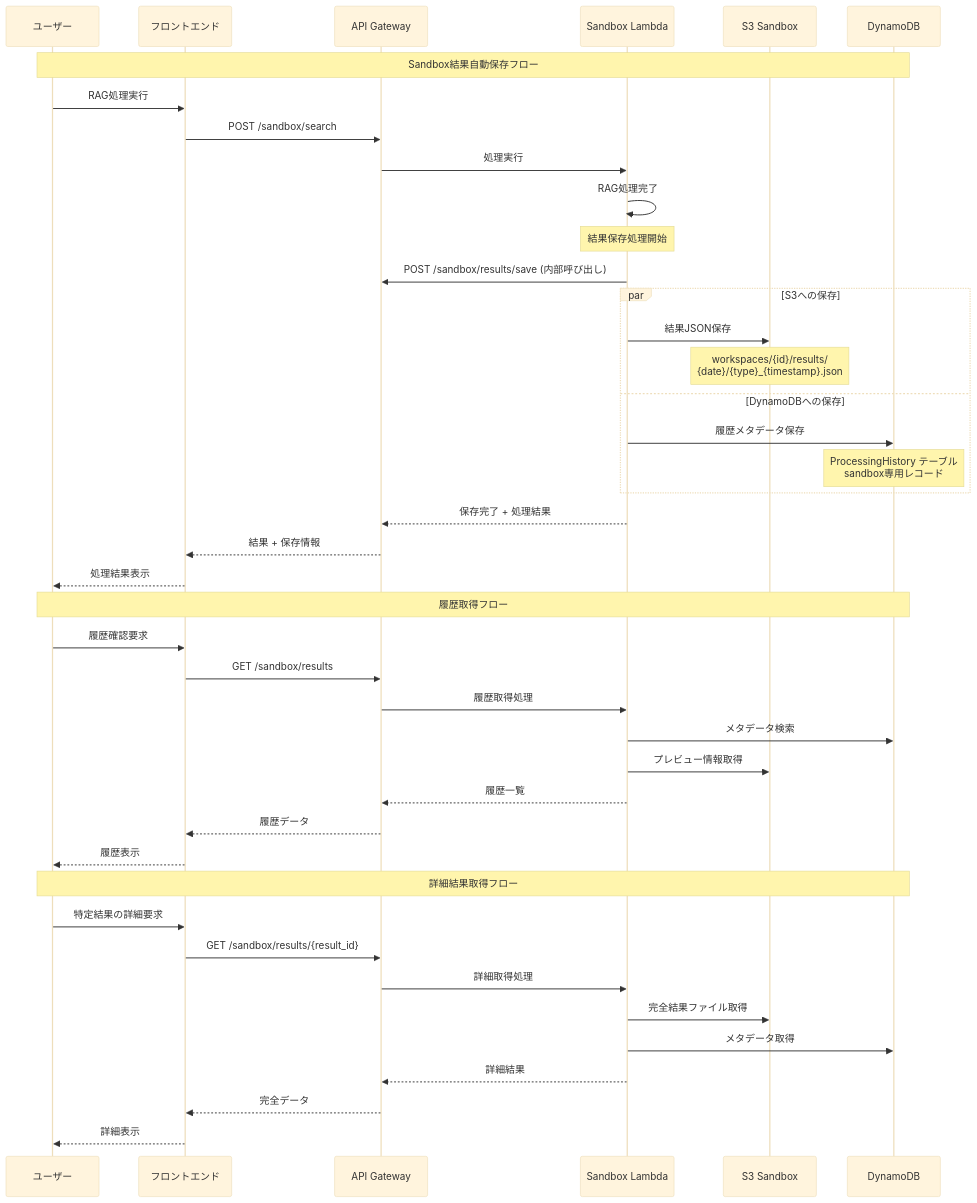
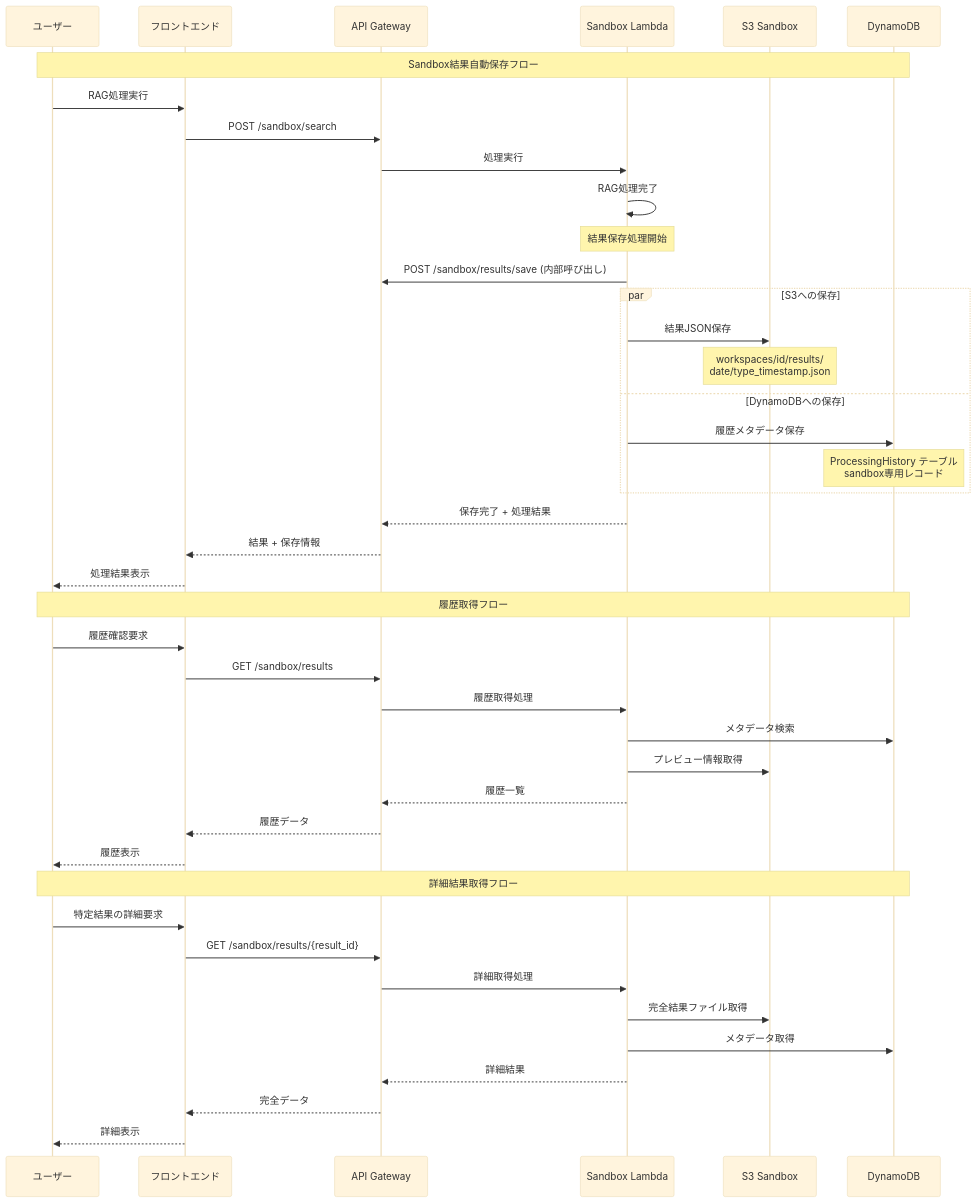
The diagram in documents/API_difintion.md (itsutose/tmp-ssi), drawn with Mermaid (base theme) before and after one commit. The commit also changed other lines of this file and 2 other files, not shown here.

````diff
--- a/documents/API_difintion.md
+++ b/documents/API_difintion.md
@@ -680,59 +680,59 @@
 ```mermaid
 sequenceDiagram
     participant User as ユーザー
     participant Frontend as フロントエンド
     participant API as API Gateway
     participant Lambda as Sandbox Lambda
     participant S3_Sandbox as S3 Sandbox
     participant DynamoDB as DynamoDB
 
     Note over User, DynamoDB: Sandbox結果自動保存フロー
 
     User->>Frontend: RAG処理実行
     Frontend->>API: POST /sandbox/search
     API->>Lambda: 処理実行
     
     Lambda->>Lambda: RAG処理完了
     
     Note over Lambda: 結果保存処理開始
     
     Lambda->>API: POST /sandbox/results/save (内部呼び出し)
     
     par S3への保存
         Lambda->>S3_Sandbox: 結果JSON保存
-        Note over S3_Sandbox: workspaces/{id}/results/<br/>{date}/{type}_{timestamp}.json
+        Note over S3_Sandbox: workspaces/id/results/<br/>date/type_timestamp.json
     and DynamoDBへの保存
         Lambda->>DynamoDB: 履歴メタデータ保存
         Note over DynamoDB: ProcessingHistory テーブル<br/>sandbox専用レコード
     end
     
     Lambda-->>API: 保存完了 + 処理結果
     API-->>Frontend: 結果 + 保存情報
     Frontend-->>User: 処理結果表示
 
     Note over User, DynamoDB: 履歴取得フロー
     
     User->>Frontend: 履歴確認要求
     Frontend->>API: GET /sandbox/results
     API->>Lambda: 履歴取得処理
     
     Lambda->>DynamoDB: メタデータ検索
     Lambda->>S3_Sandbox: プレビュー情報取得
     
     Lambda-->>API: 履歴一覧
     API-->>Frontend: 履歴データ
     Frontend-->>User: 履歴表示
     
     Note over User, DynamoDB: 詳細結果取得フロー
     
     User->>Frontend: 特定結果の詳細要求
     Frontend->>API: GET /sandbox/results/{result_id}
     API->>Lambda: 詳細取得処理
     
     Lambda->>S3_Sandbox: 完全結果ファイル取得
     Lambda->>DynamoDB: メタデータ取得
     
     Lambda-->>API: 詳細結果
     API-->>Frontend: 完全データ
     Frontend-->>User: 詳細表示
 ```
````
